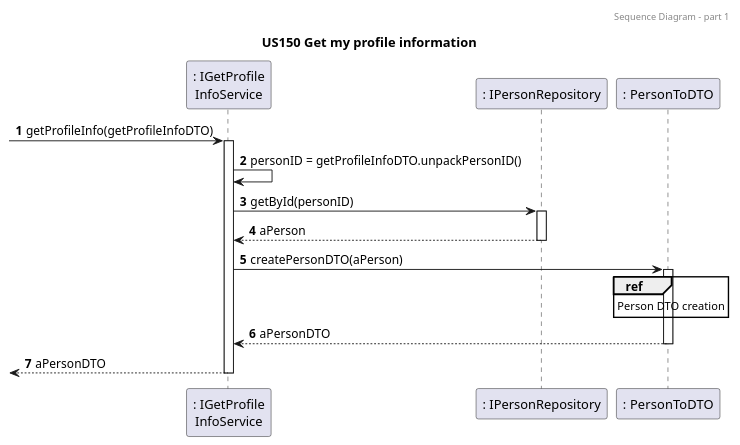
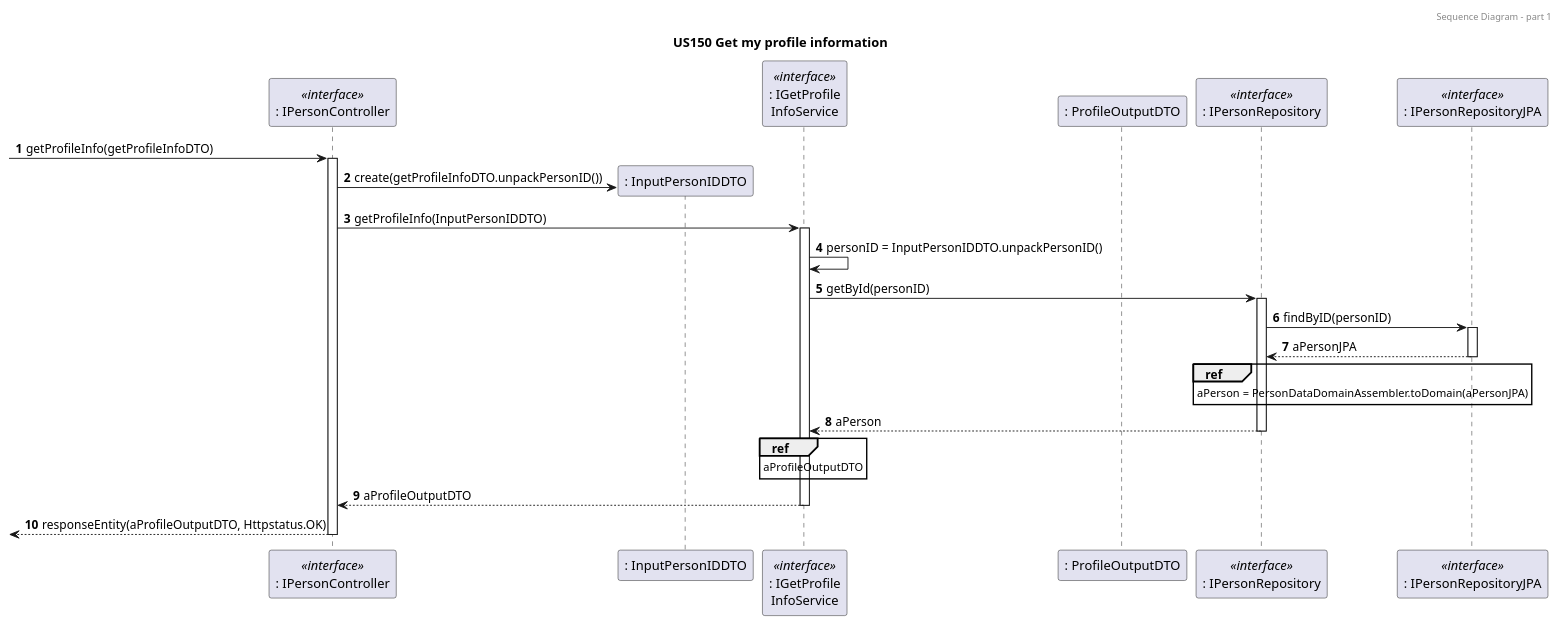
Before and after one commit to tomas-osswald/switch_2020_g3: the fourth of 5 diagrams in docs/sprint5/user_stories/US150_GetFamilyMemberProfile.md, drawn with PlantUML. The commit also changed other lines of this file, not shown here.

Commit message:
add US150ProfileInfo SD

`````diff
--- a/docs/sprint5/user_stories/US150_GetFamilyMemberProfile.md
+++ b/docs/sprint5/user_stories/US150_GetFamilyMemberProfile.md
@@ -229,31 +229,43 @@
 ````puml
 @startuml
 
 autonumber
 header Sequence Diagram - part 1
 title US150 Get my profile information
 
 
-participant ": IGetProfile\nInfoService" as service
-participant ": IPersonRepository" as repository
-'participant "aPerson \n: Person" as person
-participant ": PersonToDTO" as mapper
+participant ": IPersonController" as controller <<interface>>
+participant ": InputPersonIDDTO" as inputDTO
+participant ": IGetProfile\nInfoService" as service <<interface>>
+participant ": ProfileOutputDTO" as outputDTO
+participant ": IPersonRepository" as repository <<interface>>
+participant ": IPersonRepositoryJPA" as repoJPA <<interface>>
 
--> service : getProfileInfo(getProfileInfoDTO)
+-> controller : getProfileInfo(getProfileInfoDTO)
+activate controller
+controller -> inputDTO** : create(getProfileInfoDTO.unpackPersonID())
+controller -> service : getProfileInfo(InputPersonIDDTO)
 activate service
 
-service -> service : personID = getProfileInfoDTO.unpackPersonID()
+service -> service : personID = InputPersonIDDTO.unpackPersonID()
 service -> repository : getById(personID)
 activate repository
+repository -> repoJPA : findByID(personID)
+activate repoJPA 
+return aPersonJPA
+
+ref over repository 
+aPerson = PersonDataDomainAssembler.toDomain(aPersonJPA)
+end
 return aPerson
 
-service -> mapper : createPersonDTO(aPerson)
-activate mapper
-ref over mapper 
-Person DTO creation
-end
-return aPersonDTO
+ref over service
+aProfileOutputDTO
+end 
 
-return aPersonDTO
+return aProfileOutputDTO
+<-- controller : responseEntity(aProfileOutputDTO, Httpstatus.OK)
+deactivate controller
+
 @enduml
 ````
`````
